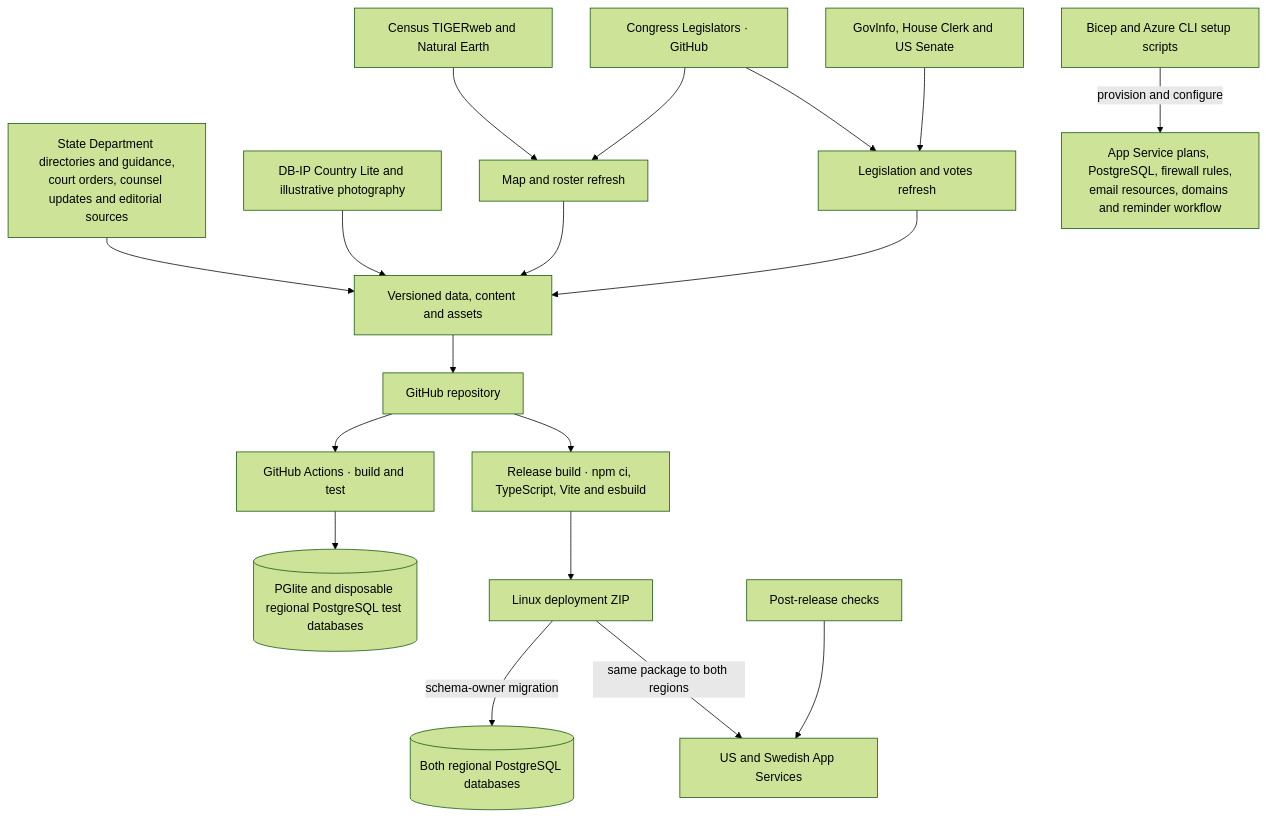
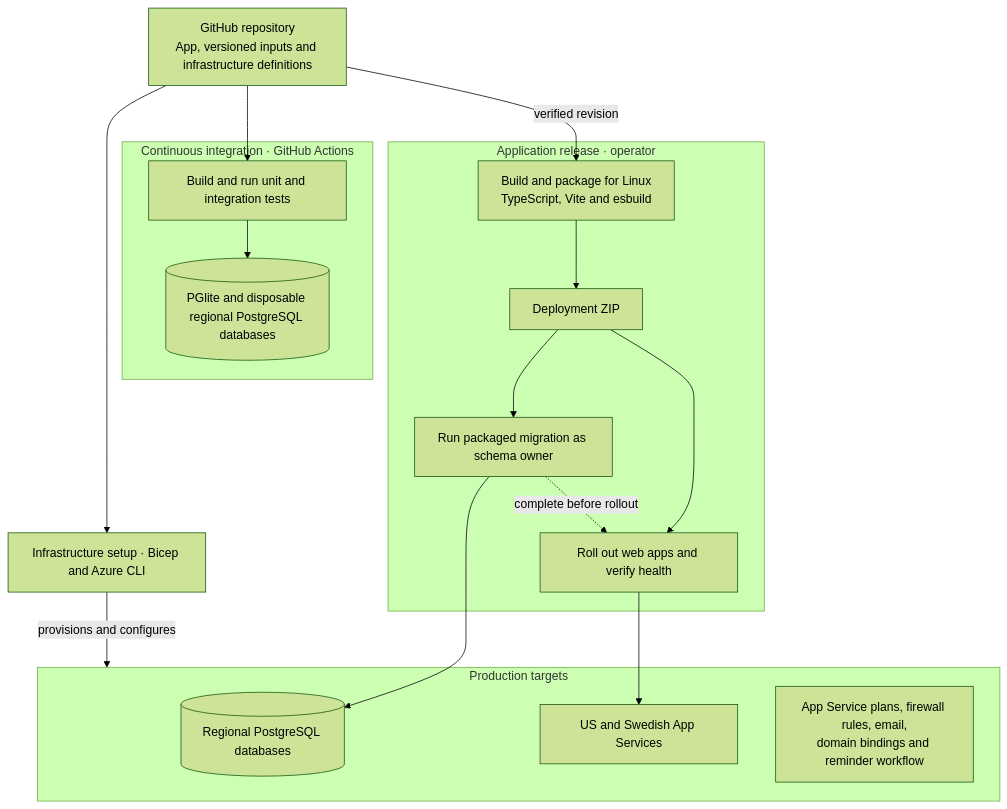
Before and after one commit to ethanrimes/reunite-now: the fifth of 6 diagrams in docs/ARCHITECTURE.md, drawn with Mermaid (forest theme). The commit also changed other lines of this file and 25 other files, not shown here.

Commit message:
Add Apple, Yahoo and Microsoft petition sign-in and simplify visa timeline sharing

````diff
--- a/docs/ARCHITECTURE.md
+++ b/docs/ARCHITECTURE.md
@@ -40,20 +128,31 @@
 ```mermaid
 flowchart TB
-    maps["Census TIGERweb and Natural Earth"] --> refresh["Map and roster refresh"]
-    members["Congress Legislators · GitHub"] --> refresh
-    members --> legislation["Legislation and votes refresh"]
-    bills["GovInfo, House Clerk and US Senate"] --> legislation
-    editorial["State Department directories and guidance,<br/>court orders, counsel updates and editorial sources"] --> assets["Versioned data, content and assets"]
-    localdata["DB-IP Country Lite and illustrative photography"] --> assets
-    refresh --> assets
-    legislation --> assets
-    assets --> repo["GitHub repository"]
-    repo --> ci["GitHub Actions · build and test"]
-    ci --> fixtures[("PGlite and disposable regional PostgreSQL test databases")]
-    repo --> build["Release build · npm ci, TypeScript, Vite and esbuild"]
-    build --> zip["Linux deployment ZIP"]
-    zip -->|"schema-owner migration"| db[("Both regional PostgreSQL databases")]
-    zip -->|"same package to both regions"| web["US and Swedish App Services"]
-    infra["Bicep and Azure CLI setup scripts"] -->|"provision and configure"| azure["App Service plans, PostgreSQL, firewall rules,<br/>email resources, domains and reminder workflow"]
-    check["Post-release checks"] --> web
+    repo["GitHub repository<br/>App, versioned inputs and infrastructure definitions"]
+    subgraph ci["Continuous integration · GitHub Actions"]
+        validate["Build and run unit and integration tests"]
+        testDb[("PGlite and disposable regional PostgreSQL databases")]
+        validate --> testDb
+    end
+    subgraph release["Application release · operator"]
+        build["Build and package for Linux<br/>TypeScript, Vite and esbuild"]
+        zip["Deployment ZIP"]
+        migrate["Run packaged migration as schema owner"]
+        rollout["Roll out web apps and verify health"]
+        build --> zip
+        zip --> migrate
+        zip --> rollout
+        migrate -. "complete before rollout" .-> rollout
+    end
+    provision["Infrastructure setup · Bicep and Azure CLI"]
+    subgraph azure["Production targets"]
+        databases[("Regional PostgreSQL databases")]
+        apps["US and Swedish App Services"]
+        resources["App Service plans, firewall rules, email,<br/>domain bindings and reminder workflow"]
+    end
+    repo --> validate
+    repo -->|"verified revision"| build
+    repo --> provision
+    migrate --> databases
+    rollout --> apps
+    provision -->|"provisions and configures"| azure
 ```
````
